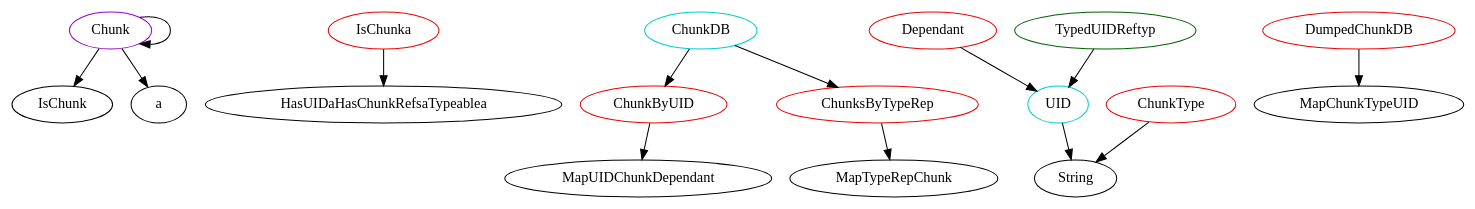
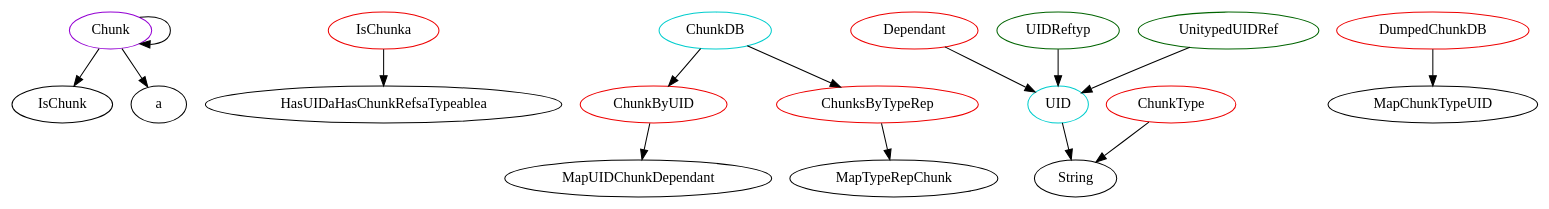
Before and after one commit to JacquesCarette/Drasil: the diagram in analysis/TypeDependencyGraphs/database.dot, drawn with Graphviz. The commit also changed 690 other files, not shown here.

```diff
--- a/analysis/TypeDependencyGraphs/database.dot
+++ b/analysis/TypeDependencyGraphs/database.dot
@@ -1,59 +1,63 @@
 digraph alltypes {
 	subgraph cunkh {
 		subgraph chunk{
 		Chunk	[shape=oval, color=darkviolet, label="Chunk"];
 		Chunk -> IsChunk;
 		Chunk -> a;
 		Chunk -> Chunk;
 		}
 		subgraph ischunka{
 		IsChunka	[shape=oval, color=red2, label="IsChunka"];
 		IsChunka -> HasUIDaHasChunkRefsaTypeablea;
 		}
 	}
 	subgraph cunkdbh {
 		subgraph chunkdb{
 		ChunkDB	[shape=oval, color=cyan3, label="ChunkDB"];
 		ChunkDB -> ChunkByUID;
 		ChunkDB -> ChunksByTypeRep;
 		}
 		subgraph dependant{
 		Dependant	[shape=oval, color=red2, label="Dependant"];
 		Dependant -> UID;
 		}
 		subgraph chunkbyuid{
 		ChunkByUID	[shape=oval, color=red2, label="ChunkByUID"];
 		ChunkByUID -> MapUIDChunkDependant;
 		}
 		subgraph chunksbytyperep{
 		ChunksByTypeRep	[shape=oval, color=red2, label="ChunksByTypeRep"];
 		ChunksByTypeRep -> MapTypeRepChunk;
 		}
 	}
 	subgraph dump {
 		subgraph chunktype{
 		ChunkType	[shape=oval, color=red2, label="ChunkType"];
 		ChunkType -> String;
 		}
 		subgraph dumpedchunkdb{
 		DumpedChunkDB	[shape=oval, color=red2, label="DumpedChunkDB"];
 		DumpedChunkDB -> MapChunkTypeUID;
 		}
 	}
 	subgraph th {
 	}
-	subgraph typeduidref {
-		subgraph typeduidreftyp{
-		TypedUIDReftyp	[shape=oval, color=darkgreen, label="TypedUIDReftyp"];
-		TypedUIDReftyp -> UID;
-		}
-	}
 	subgraph uid {
 		subgraph uid{
 		UID	[shape=oval, color=cyan3, label="UID"];
 		UID -> String;
 		}
 	}
+	subgraph uidref {
+		subgraph uidreftyp{
+		UIDReftyp	[shape=oval, color=darkgreen, label="UIDReftyp"];
+		UIDReftyp -> UID;
+		}
+		subgraph unitypeduidref{
+		UnitypedUIDRef	[shape=oval, color=darkgreen, label="UnitypedUIDRef"];
+		UnitypedUIDRef -> UID;
+		}
+	}
 	subgraph databaes {
 	}
 }
```
